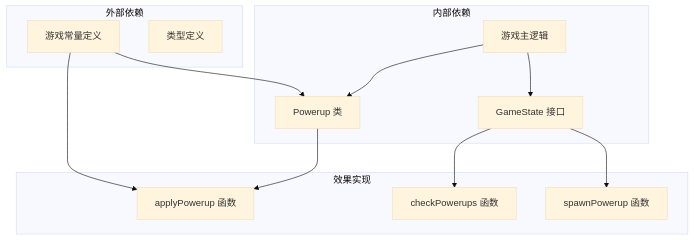
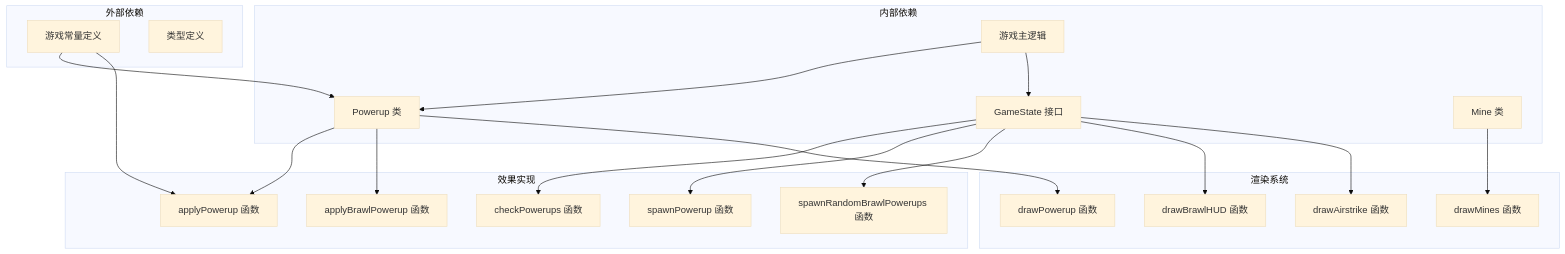
One commit to mrancc/reimagined-journey changed diagram 20 of 20 in .qoder/repowiki/zh/content/游戏机制/道具系统.md. Above: the diagram before and after it, drawn with Mermaid (base theme). The commit also changed other lines of this file and 8 other files, not shown here.

````diff
--- a/.qoder/repowiki/zh/content/游戏机制/道具系统.md
+++ b/.qoder/repowiki/zh/content/游戏机制/道具系统.md
@@ -312,24 +529,39 @@
 ```mermaid
 graph TB
 subgraph "外部依赖"
 game.ts[游戏常量定义]
 types.ts[类型定义]
 end
 subgraph "内部依赖"
 useGame.ts[游戏主逻辑]
 Powerup[Powerup 类]
 GameState[GameState 接口]
+Mine[Mine 类]
 end
 subgraph "效果实现"
 applyPowerup[applyPowerup 函数]
+applyBrawlPowerup[applyBrawlPowerup 函数]
 checkPowerups[checkPowerups 函数]
 spawnPowerup[spawnPowerup 函数]
+spawnRandomBrawlPowerups[spawnRandomBrawlPowerups 函数]
+end
+subgraph "渲染系统"
+drawPowerup[drawPowerup 函数]
+drawMines[drawMines 函数]
+drawBrawlHUD[drawBrawlHUD 函数]
+drawAirstrike[drawAirstrike 函数]
 end
 game.ts --> Powerup
 game.ts --> applyPowerup
 useGame.ts --> Powerup
 useGame.ts --> GameState
 Powerup --> applyPowerup
+Powerup --> applyBrawlPowerup
 GameState --> checkPowerups
 GameState --> spawnPowerup
+GameState --> spawnRandomBrawlPowerups
+Mine --> drawMines
+Powerup --> drawPowerup
+GameState --> drawBrawlHUD
+GameState --> drawAirstrike
 ```
````
